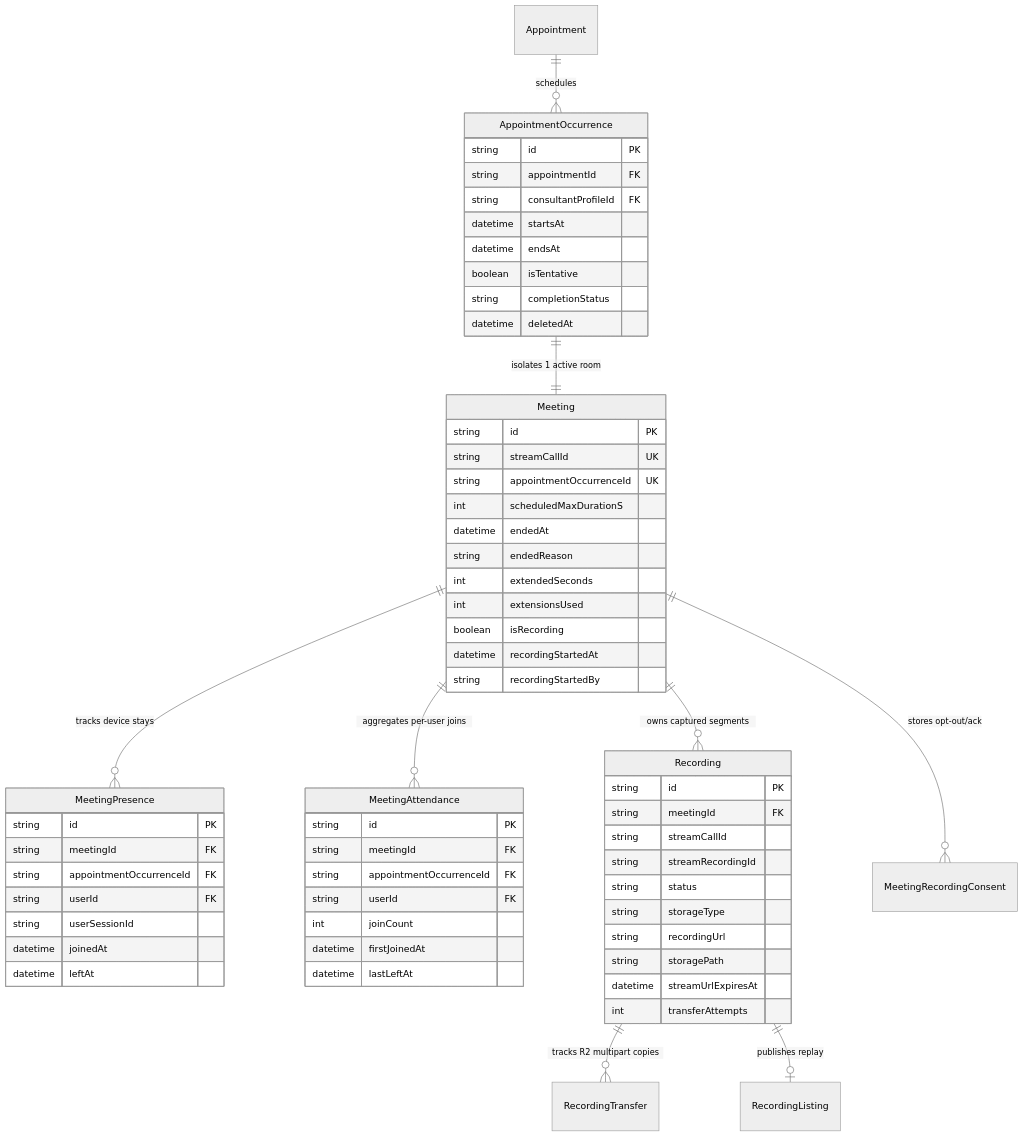
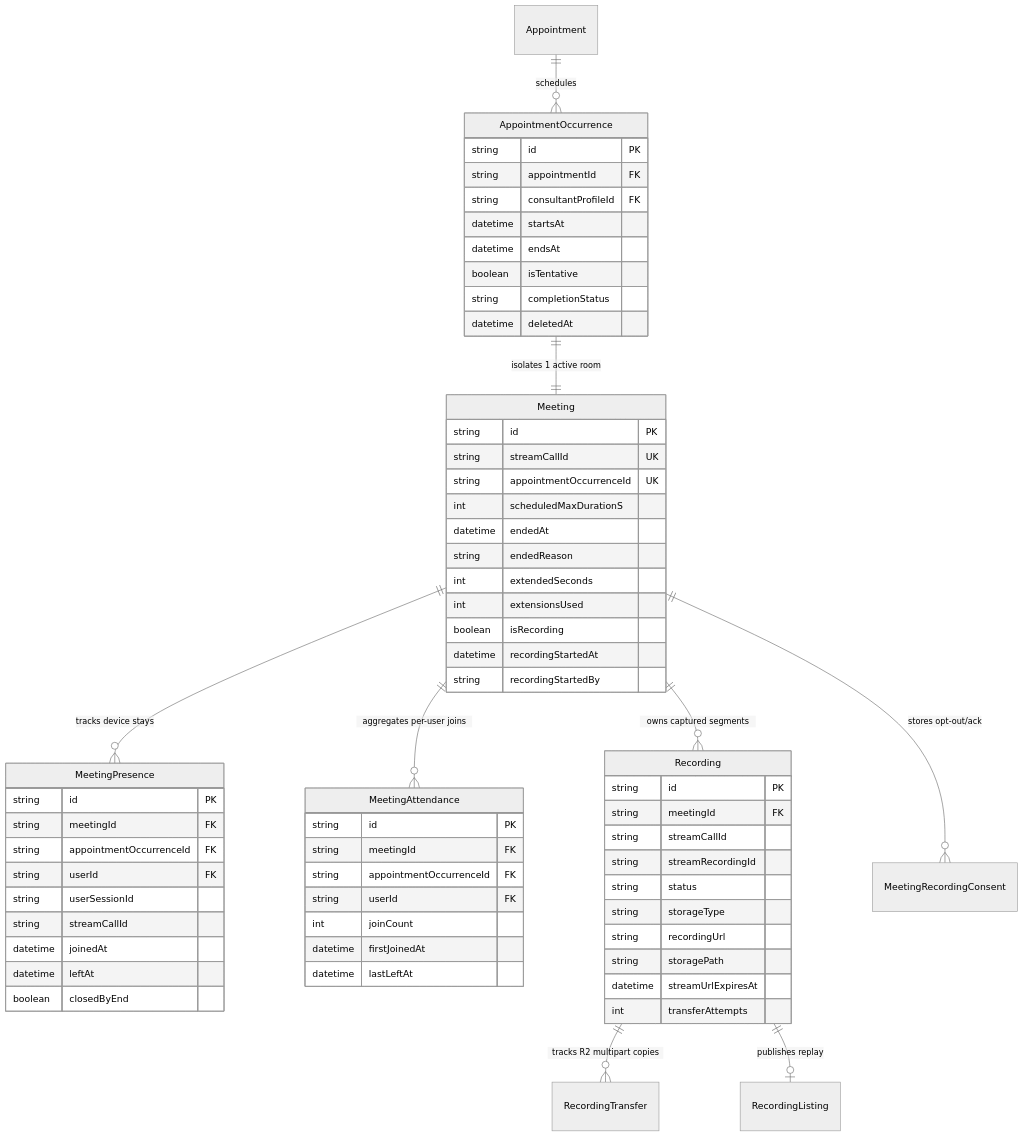
The second of 2 diagrams in docs/stream/01-architecture.md (Practitionist/familiarise_web), drawn with Mermaid (neutral theme) before and after one commit. The commit also changed other lines of this file and 10 other files, not shown here.

````diff
--- a/docs/stream/01-architecture.md
+++ b/docs/stream/01-architecture.md
@@ -114,69 +114,71 @@
 ```mermaid
 erDiagram
     Appointment ||--o{ AppointmentOccurrence : "schedules"
     AppointmentOccurrence ||--|| Meeting : "isolates 1 active room"
     Meeting ||--o{ MeetingPresence : "tracks device stays"
     Meeting ||--o{ MeetingAttendance : "aggregates per-user joins"
     Meeting ||--o{ Recording : "owns captured segments"
     Meeting ||--o{ MeetingRecordingConsent : "stores opt-out/ack"
     Recording ||--o{ RecordingTransfer : "tracks R2 multipart copies"
     Recording ||--o| RecordingListing : "publishes replay"
 
     AppointmentOccurrence {
         string id PK
         string appointmentId FK
         string consultantProfileId FK
         datetime startsAt
         datetime endsAt
         boolean isTentative
         string completionStatus
         datetime deletedAt
     }
 
     Meeting {
         string id PK
         string streamCallId UK
         string appointmentOccurrenceId UK
         int scheduledMaxDurationS
         datetime endedAt
         string endedReason
         int extendedSeconds
         int extensionsUsed
         boolean isRecording
         datetime recordingStartedAt
         string recordingStartedBy
     }
 
     MeetingPresence {
         string id PK
         string meetingId FK
         string appointmentOccurrenceId FK
         string userId FK
         string userSessionId
+        string streamCallId
         datetime joinedAt
         datetime leftAt
+        boolean closedByEnd
     }
 
     MeetingAttendance {
         string id PK
         string meetingId FK
         string appointmentOccurrenceId FK
         string userId FK
         int joinCount
         datetime firstJoinedAt
         datetime lastLeftAt
     }
 
     Recording {
         string id PK
         string meetingId FK
         string streamCallId
         string streamRecordingId
         string status
         string storageType
         string recordingUrl
         string storagePath
         datetime streamUrlExpiresAt
         int transferAttempts
     }
 ```
````
